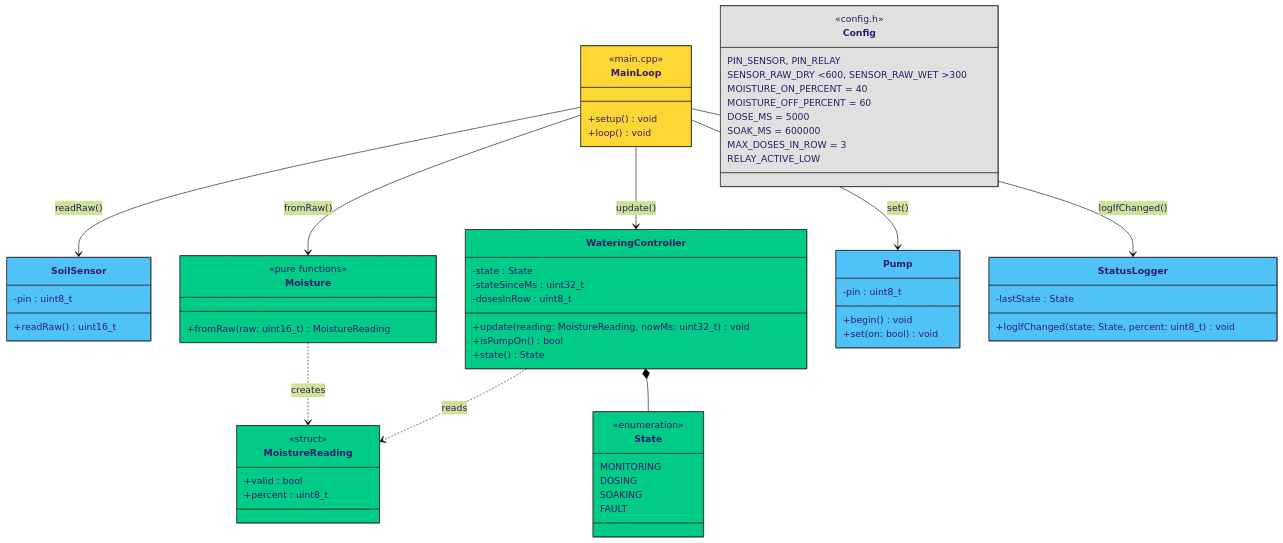
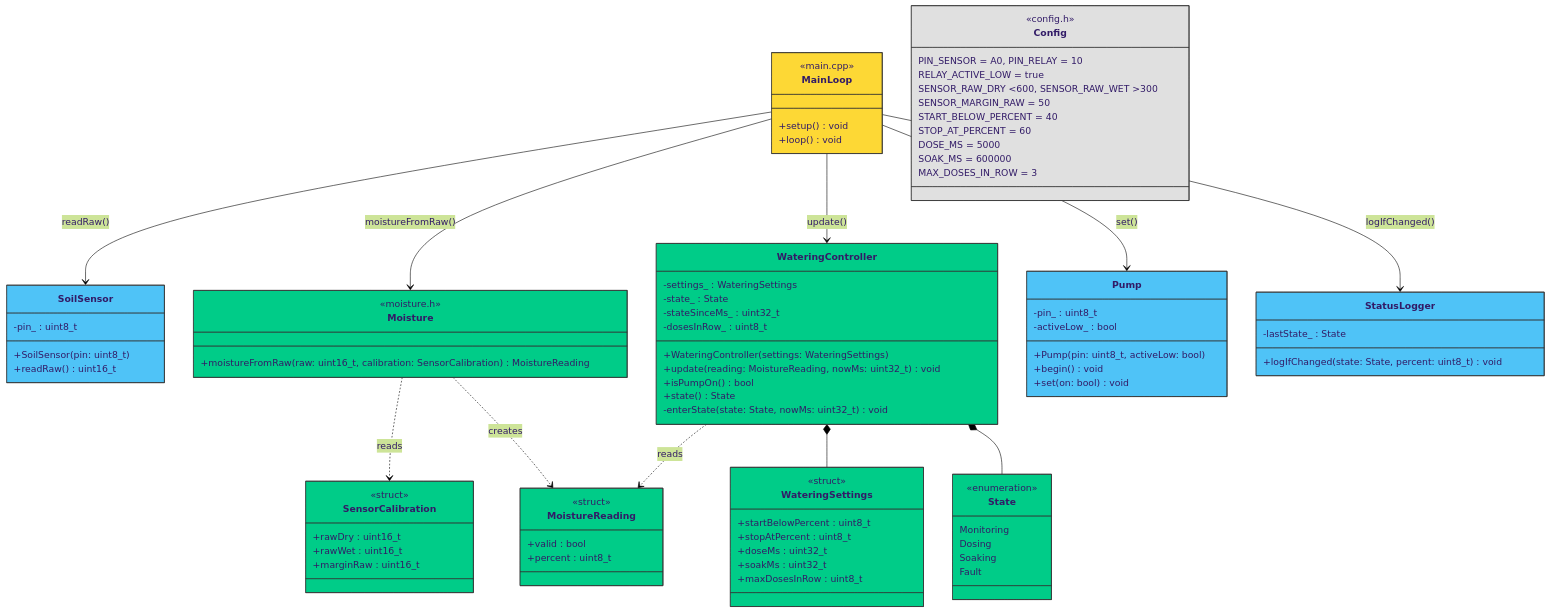
One commit to Shahaf19/plant_waterer changed the second of 3 diagrams in docs/design.md. Above: the diagram before and after it, drawn with Mermaid (forest theme). The commit also changed other lines of this file and 5 other files, not shown here.

Commit message:
pump and soil_sensor modules

````diff
--- a/docs/design.md
+++ b/docs/design.md
@@ -33,24 +54,33 @@
 
     class Config {
         <<config.h>>
-        PIN_SENSOR, PIN_RELAY
+        PIN_SENSOR = A0, PIN_RELAY = 10
+        RELAY_ACTIVE_LOW = true
         SENSOR_RAW_DRY ~600, SENSOR_RAW_WET ~300
-        MOISTURE_ON_PERCENT = 40
-        MOISTURE_OFF_PERCENT = 60
+        SENSOR_MARGIN_RAW = 50
+        START_BELOW_PERCENT = 40
+        STOP_AT_PERCENT = 60
         DOSE_MS = 5000
         SOAK_MS = 600000
         MAX_DOSES_IN_ROW = 3
-        RELAY_ACTIVE_LOW
     }
 
     class SoilSensor {
-        -pin : uint8_t
+        -pin_ : uint8_t
+        +SoilSensor(pin: uint8_t)
         +readRaw() uint16_t
     }
 
     class Moisture {
-        <<pure functions>>
-        +fromRaw(raw: uint16_t) MoistureReading
+        <<moisture.h>>
+        +moistureFromRaw(raw: uint16_t, calibration: SensorCalibration) MoistureReading
+    }
+
+    class SensorCalibration {
+        <<struct>>
+        +rawDry : uint16_t
+        +rawWet : uint16_t
+        +marginRaw : uint16_t
     }
 
     class MoistureReading {
@@ -59,41 +89,57 @@
         +percent : uint8_t
     }
 
+    class WateringSettings {
+        <<struct>>
+        +startBelowPercent : uint8_t
+        +stopAtPercent : uint8_t
+        +doseMs : uint32_t
+        +soakMs : uint32_t
+        +maxDosesInRow : uint8_t
+    }
+
     class WateringController {
-        -state : State
-        -stateSinceMs : uint32_t
-        -dosesInRow : uint8_t
+        -settings_ : WateringSettings
+        -state_ : State
+        -stateSinceMs_ : uint32_t
+        -dosesInRow_ : uint8_t
+        +WateringController(settings: WateringSettings)
         +update(reading: MoistureReading, nowMs: uint32_t) void
         +isPumpOn() bool
         +state() State
+        -enterState(state: State, nowMs: uint32_t) void
     }
 
     class State {
         <<enumeration>>
-        MONITORING
-        DOSING
-        SOAKING
-        FAULT
+        Monitoring
+        Dosing
+        Soaking
+        Fault
     }
 
     class Pump {
-        -pin : uint8_t
+        -pin_ : uint8_t
+        -activeLow_ : bool
+        +Pump(pin: uint8_t, activeLow: bool)
         +begin() void
         +set(on: bool) void
     }
 
     class StatusLogger {
-        -lastState : State
+        -lastState_ : State
         +logIfChanged(state: State, percent: uint8_t) void
     }
 
     MainLoop --> SoilSensor : readRaw()
-    MainLoop --> Moisture : fromRaw()
+    MainLoop --> Moisture : moistureFromRaw()
     MainLoop --> WateringController : update()
     MainLoop --> Pump : set()
     MainLoop --> StatusLogger : logIfChanged()
+    Moisture ..> SensorCalibration : reads
     Moisture ..> MoistureReading : creates
     WateringController ..> MoistureReading : reads
+    WateringController *-- WateringSettings
     WateringController *-- State
 
     style MainLoop fill:#fdd835,stroke:#333
@@ -102,7 +148,9 @@
     style Pump fill:#4fc3f7,stroke:#333
     style StatusLogger fill:#4fc3f7,stroke:#333
     style Moisture fill:#00cc88,stroke:#333
+    style SensorCalibration fill:#00cc88,stroke:#333
     style MoistureReading fill:#00cc88,stroke:#333
+    style WateringSettings fill:#00cc88,stroke:#333
     style WateringController fill:#00cc88,stroke:#333
     style State fill:#00cc88,stroke:#333
 ```
````
